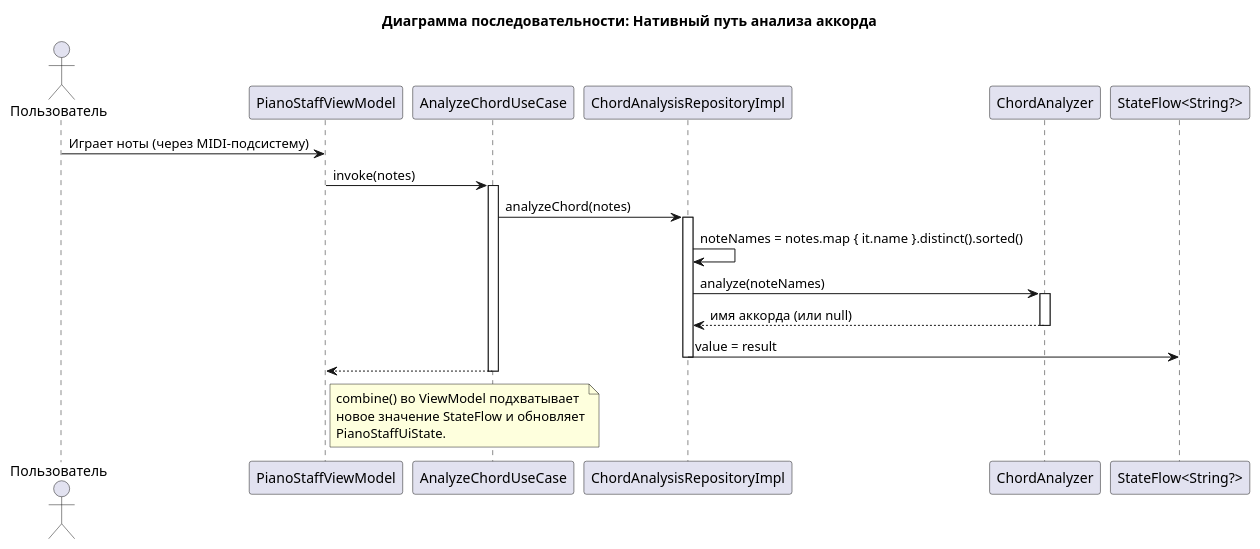
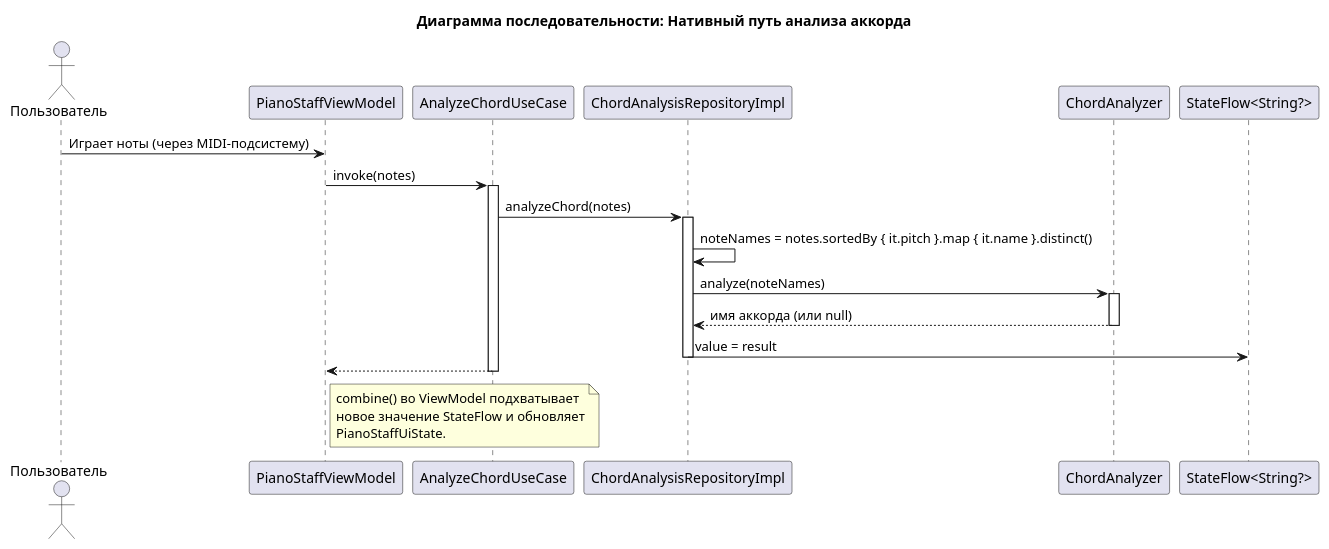
One commit to astrizhachuk/PianoFlow changed the third of 4 diagrams in docs/ru/specs/CHORD_ANALYSIS.md. Above: the diagram before and after it, drawn with PlantUML. The commit also changed other lines of this file and 3 other files, not shown here.

First line of the commit message:
fix: order chord notes by pitch so the bass note is detected correctly (#26)

````diff
--- a/docs/ru/specs/CHORD_ANALYSIS.md
+++ b/docs/ru/specs/CHORD_ANALYSIS.md
@@ -352,34 +355,34 @@
 ```plantuml
 @startuml
 title Диаграмма последовательности: Нативный путь анализа аккорда
 
 actor Пользователь as User
 participant "PianoStaffViewModel" as VM
 participant "AnalyzeChordUseCase" as UC
 participant "ChordAnalysisRepositoryImpl" as Repo
 participant "ChordAnalyzer" as Analyzer
 participant "StateFlow<String?>" as State
 
 User -> VM : Играет ноты (через MIDI-подсистему)
 VM -> UC : invoke(notes)
 activate UC
 UC -> Repo : analyzeChord(notes)
 activate Repo
-Repo -> Repo : noteNames = notes.map { it.name }.distinct().sorted()
+Repo -> Repo : noteNames = notes.sortedBy { it.pitch }.map { it.name }.distinct()
 Repo -> Analyzer : analyze(noteNames)
 activate Analyzer
 Analyzer --> Repo : имя аккорда (или null)
 deactivate Analyzer
 Repo -> State : value = result
 deactivate Repo
 UC --> VM
 deactivate UC
 
 note right of VM
   combine() во ViewModel подхватывает
   новое значение StateFlow и обновляет
   PianoStaffUiState.
 end note
 
 @enduml
 ```
````
